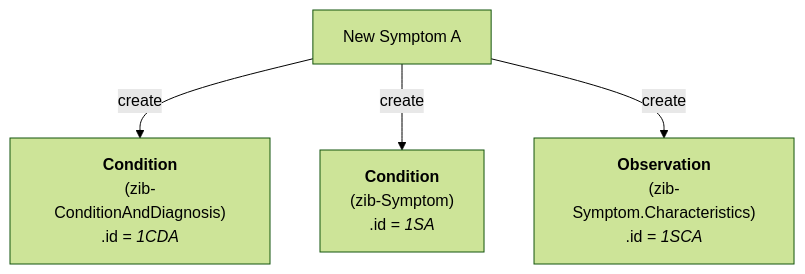
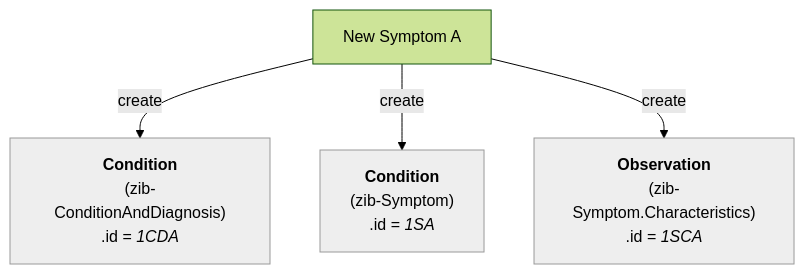
One commit to Nictiz/Nictiz-R4-zib2024 changed the second of 8 diagrams in documentation/Condition-Diagnosis-Symptom.md. Above: the diagram before and after it, drawn with Mermaid (forest theme). The commit also changed other lines of this file and 5 other files, not shown here.

````diff
--- a/documentation/Condition-Diagnosis-Symptom.md
+++ b/documentation/Condition-Diagnosis-Symptom.md
@@ -55,22 +56,26 @@
 ```mermaid
 flowchart TB
 
 NewSymptom_A["`New Symptom A`"]
 
-CD_A["`**Condition**
-    (zib-ConditionAndDiagnosis)
-    .id = _1CDA_`"] 
+    CD_A["`**Condition**
+        (zib-ConditionAndDiagnosis)
+        .id = _1CDA_`"] 
 
-S_A["`**Condition**
-    (zib-Symptom)
-    .id = _1SA_`"]
+    S_A["`**Condition**
+        (zib-Symptom)
+        .id = _1SA_`"]
 
-SC_A["`**Observation**
-    (zib-Symptom.Characteristics)
-    .id = _1SCA_`"]    
+    SC_A["`**Observation**
+        (zib-Symptom.Characteristics)
+        .id = _1SCA_`"]    
 
+    CD_A:::Ash
+    S_A:::Ash
+    SC_A:::Ash
+    classDef Ash stroke-width:1px, stroke-dasharray:none, stroke:#999999, fill:#EEEEEE, color:#000000 
 
 NewSymptom_A -- create --> CD_A
 NewSymptom_A -- create --> S_A
 NewSymptom_A -- create --> SC_A
 ```
````
